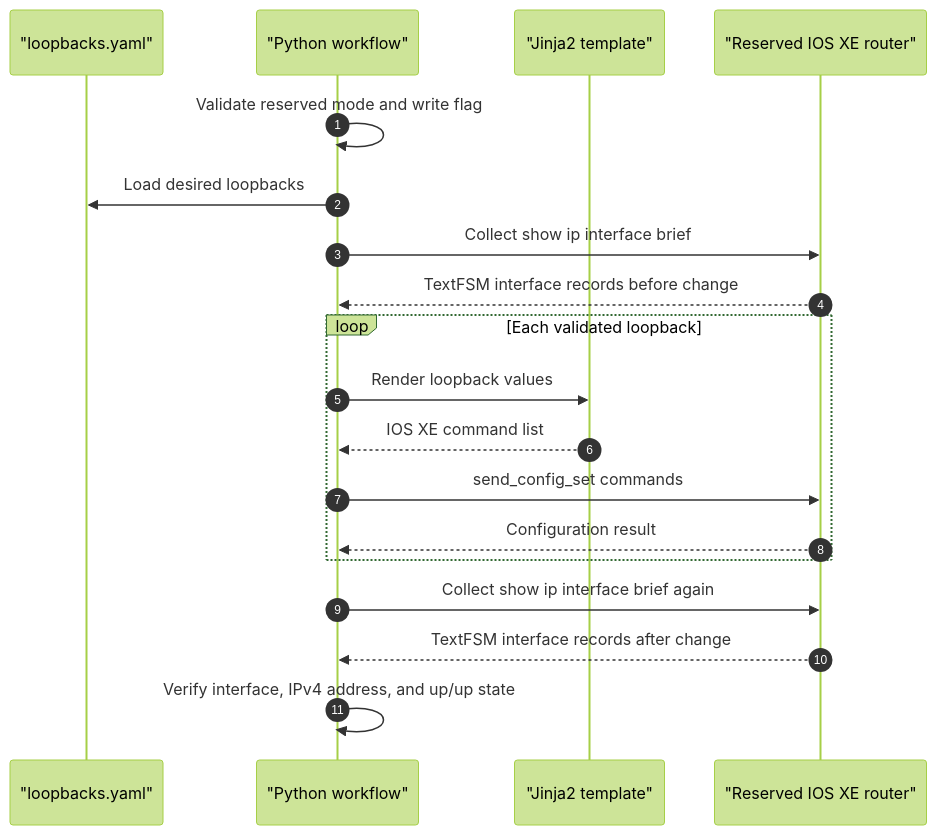
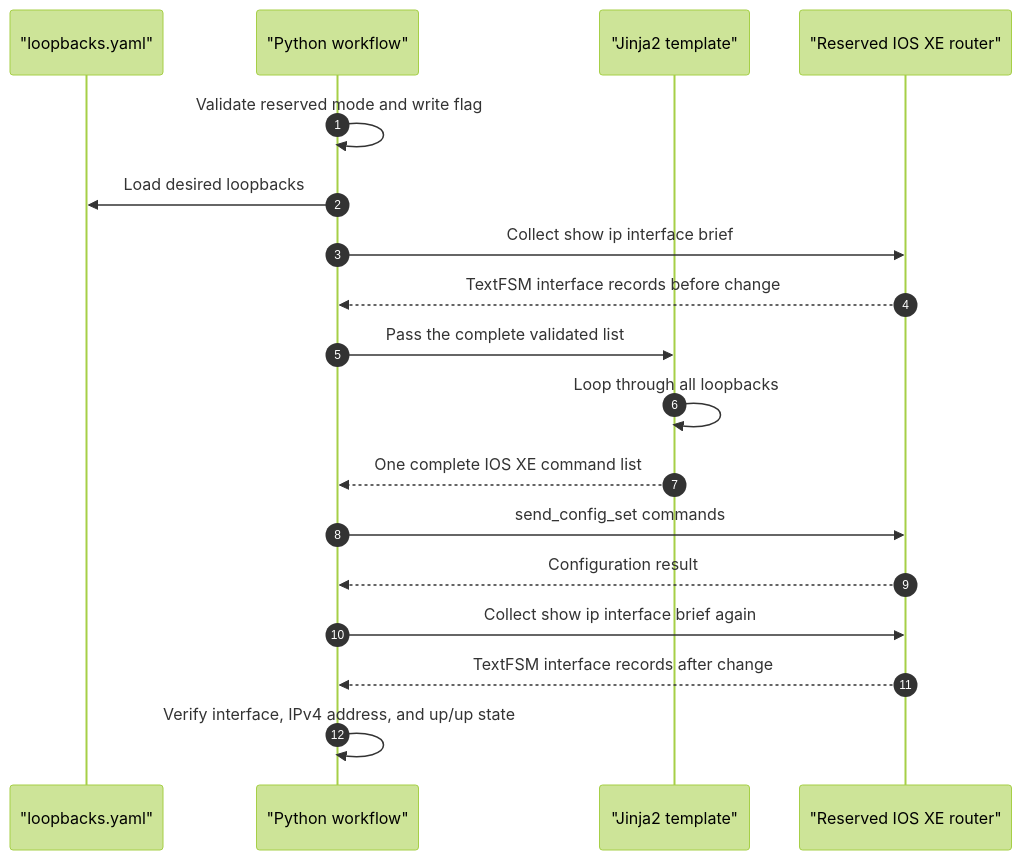
The third of 3 diagrams in LAB/Lab2/Lab2.md (tanthanh85/CCNPAUTO), drawn with Mermaid (forest theme) before and after one commit. The commit also changed other lines of this file and 10 other files, not shown here.

````diff
--- a/LAB/Lab2/Lab2.md
+++ b/LAB/Lab2/Lab2.md
@@ -513,22 +514,21 @@
 ```mermaid
 sequenceDiagram
     autonumber
     participant Y as "loopbacks.yaml"
     participant P as "Python workflow"
     participant T as "Jinja2 template"
     participant R as "Reserved IOS XE router"
 
     P->>P: Validate reserved mode and write flag
     P->>Y: Load desired loopbacks
     P->>R: Collect show ip interface brief
     R-->>P: TextFSM interface records before change
-    loop Each validated loopback
-        P->>T: Render loopback values
-        T-->>P: IOS XE command list
-        P->>R: send_config_set commands
-        R-->>P: Configuration result
-    end
+    P->>T: Pass the complete validated list
+    T->>T: Loop through all loopbacks
+    T-->>P: One complete IOS XE command list
+    P->>R: send_config_set commands
+    R-->>P: Configuration result
     P->>R: Collect show ip interface brief again
     R-->>P: TextFSM interface records after change
     P->>P: Verify interface, IPv4 address, and up/up state
 ```
````
